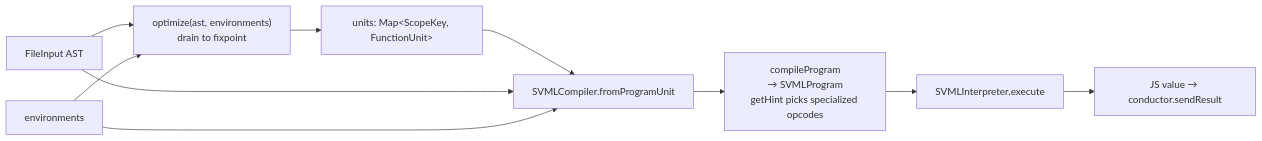
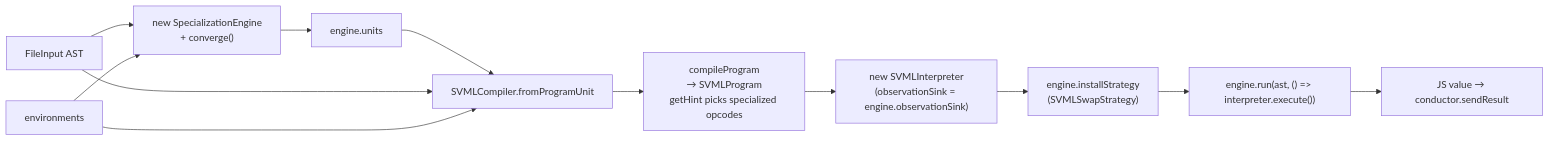
Before and after one commit to loyaltypollution/py-slang: the fourth of 6 diagrams in docs/compilation-flow.md, drawn with Mermaid. The commit also changed other lines of this file and 30 other files, not shown here.

First line of the commit message:
refactor(specialization): δ — replace SpecializationEngine with runPinned helper

````diff
--- a/docs/compilation-flow.md
+++ b/docs/compilation-flow.md
@@ -163,17 +227,19 @@
 ```mermaid
 flowchart LR
     AST["FileInput AST"]
     ENV["environments"]
-    OPT["optimize(ast, environments)<br/>drain to fixpoint"]
-    UNITS["units: Map&lt;ScopeKey, FunctionUnit&gt;"]
+    ENG["new SpecializationEngine<br/>+ converge()"]
+    UNITS["engine.units"]
     COMP["SVMLCompiler.fromProgramUnit"]
     EMIT["compileProgram<br/>→ SVMLProgram<br/>getHint picks specialized opcodes"]
-    VM["SVMLInterpreter.execute"]
+    INT["new SVMLInterpreter<br/>(observationSink = engine.observationSink)"]
+    STRAT["engine.installStrategy<br/>(SVMLSwapStrategy)"]
+    RUN["engine.run(ast, () => interpreter.execute())"]
     OUT["JS value → conductor.sendResult"]
 
-    AST --> OPT
-    ENV --> OPT
-    OPT --> UNITS --> COMP --> EMIT --> VM --> OUT
+    AST --> ENG
+    ENV --> ENG
+    ENG --> UNITS --> COMP --> EMIT --> INT --> STRAT --> RUN --> OUT
     AST --> COMP
     ENV --> COMP
 ```
````
